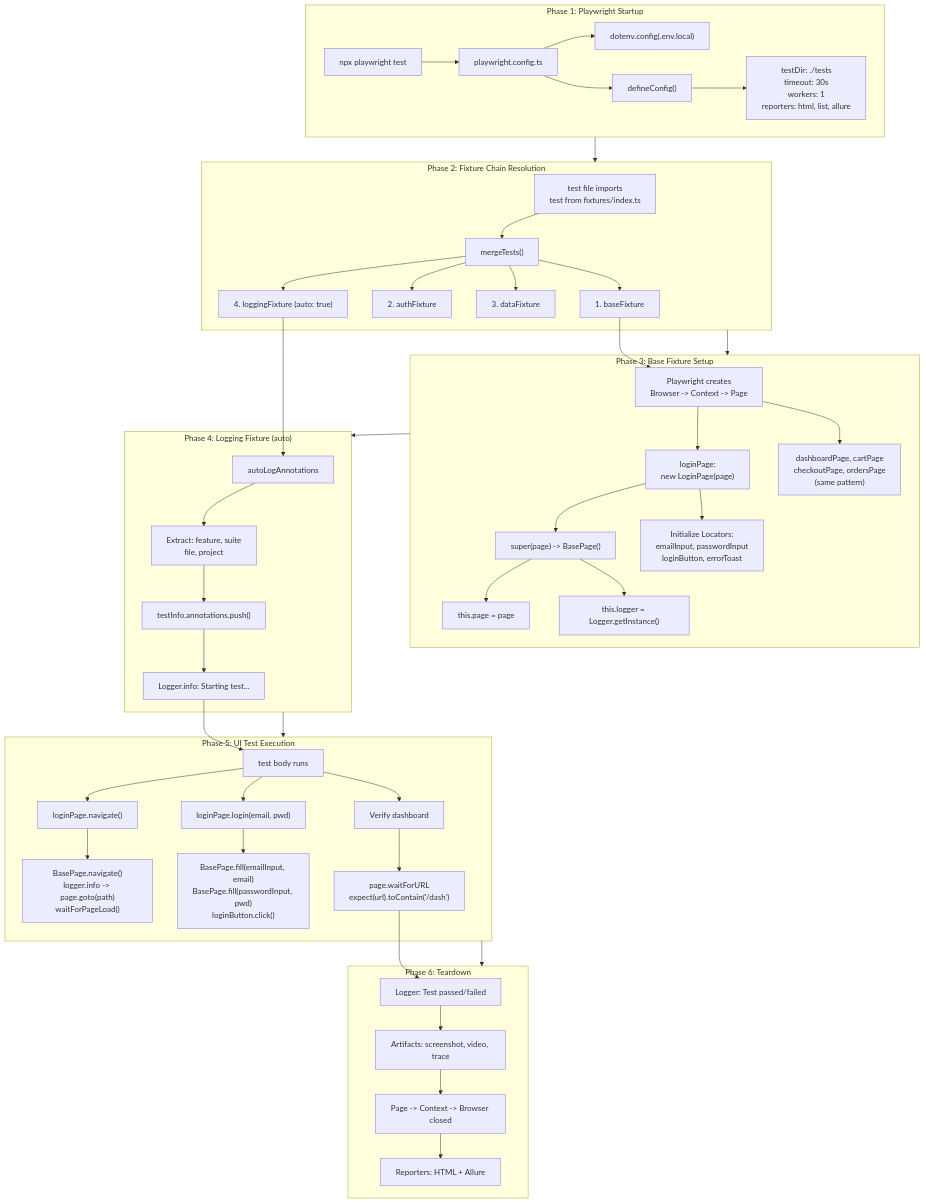
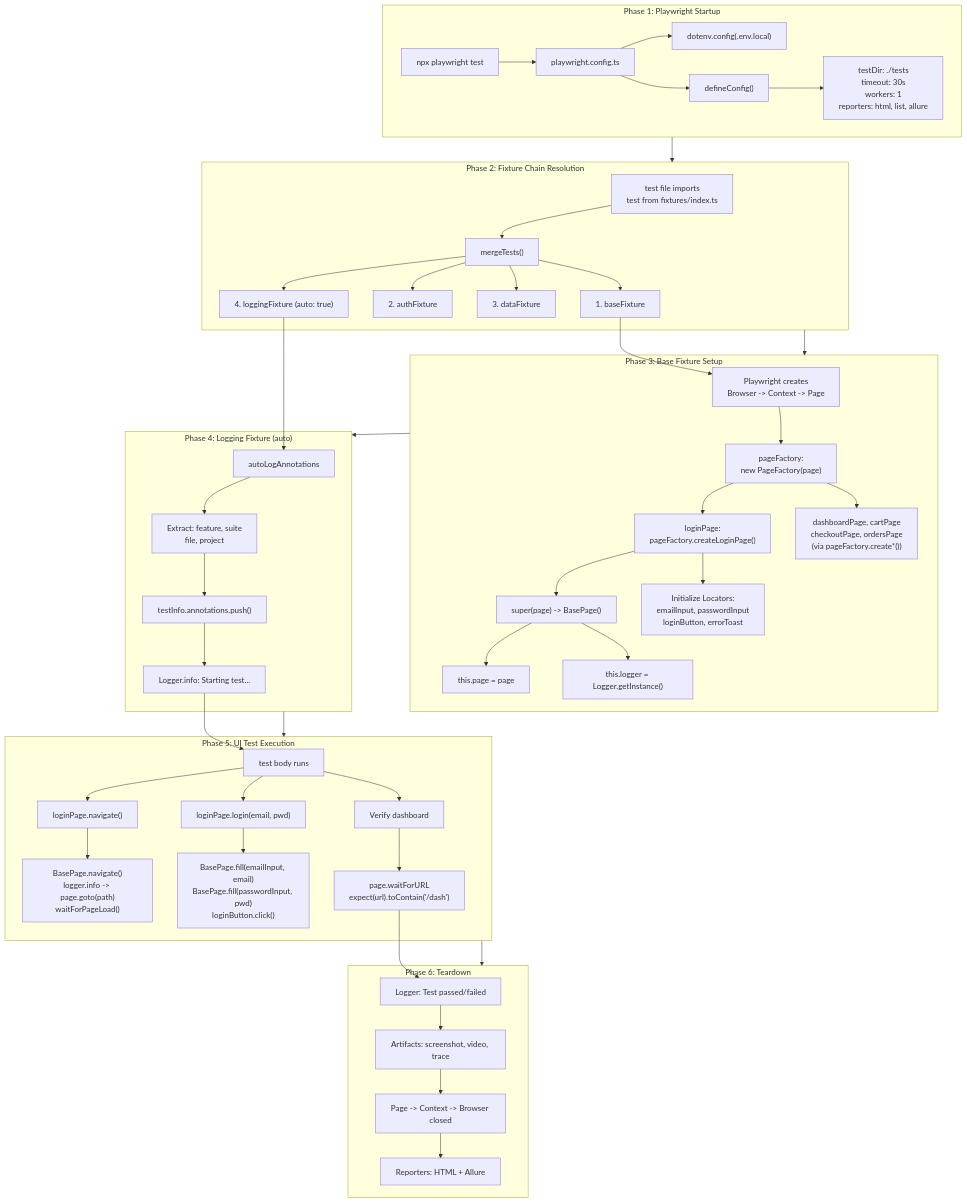
One commit to MahmoudSDET/Playwright-UI-API changed the fifth of 16 diagrams in playwright-framework/Framework-Architecture.md. Above: the diagram before and after it, drawn with Mermaid. The commit also changed other lines of this file and 18 other files, not shown here.

````diff
--- a/playwright-framework/Framework-Architecture.md
+++ b/playwright-framework/Framework-Architecture.md
@@ -408,53 +387,54 @@
 ```mermaid
 flowchart TB
     subgraph P1["Phase 1: Playwright Startup"]
         A["npx playwright test"] --> B["playwright.config.ts"]
         B --> B1["dotenv.config(.env.local)"]
         B --> B2["defineConfig()"]
         B2 --> B3["testDir: ./tests\ntimeout: 30s\nworkers: 1\nreporters: html, list, allure"]
     end
 
     subgraph P2["Phase 2: Fixture Chain Resolution"]
         C["test file imports\ntest from fixtures/index.ts"] --> D["mergeTests()"]
         D --> D1["1. baseFixture"]
         D --> D2["2. authFixture"]
         D --> D3["3. dataFixture"]
         D --> D4["4. loggingFixture (auto: true)"]
     end
 
     subgraph P3["Phase 3: Base Fixture Setup"]
         D1 --> E["Playwright creates\nBrowser -> Context -> Page"]
-        E --> F["loginPage:\nnew LoginPage(page)"]
+        E --> PF["pageFactory:\nnew PageFactory(page)"]
+        PF --> F["loginPage:\npageFactory.createLoginPage()"]
         F --> F1["super(page) -> BasePage()"]
         F1 --> F2["this.page = page"]
         F1 --> F3["this.logger = Logger.getInstance()"]
         F --> F4["Initialize Locators:\nemailInput, passwordInput\nloginButton, errorToast"]
-        E --> G["dashboardPage, cartPage\ncheckoutPage, ordersPage\n(same pattern)"]
+        PF --> G["dashboardPage, cartPage\ncheckoutPage, ordersPage\n(via pageFactory.create*())"]
     end
 
     subgraph P4["Phase 4: Logging Fixture (auto)"]
         D4 --> I["autoLogAnnotations"]
         I --> I1["Extract: feature, suite\nfile, project"]
         I1 --> I2["testInfo.annotations.push()"]
         I2 --> I3["Logger.info: Starting test..."]
     end
 
     subgraph P5["Phase 5: UI Test Execution"]
         I3 --> J["test body runs"]
         J --> K["loginPage.navigate()"]
         K --> K1["BasePage.navigate()\nlogger.info -> page.goto(path)\nwaitForPageLoad()"]
         J --> L["loginPage.login(email, pwd)"]
         L --> L1["BasePage.fill(emailInput, email)\nBasePage.fill(passwordInput, pwd)\nloginButton.click()"]
         J --> M["Verify dashboard"]
         M --> M1["page.waitForURL\nexpect(url).toContain('/dash')"]
     end
 
     subgraph P6["Phase 6: Teardown"]
         M1 --> N["Logger: Test passed/failed"]
         N --> O["Artifacts: screenshot, video, trace"]
         O --> P["Page -> Context -> Browser closed"]
         P --> Q["Reporters: HTML + Allure"]
     end
 
     P1 --> P2 --> P3 --> P4 --> P5 --> P6
 ```
````
